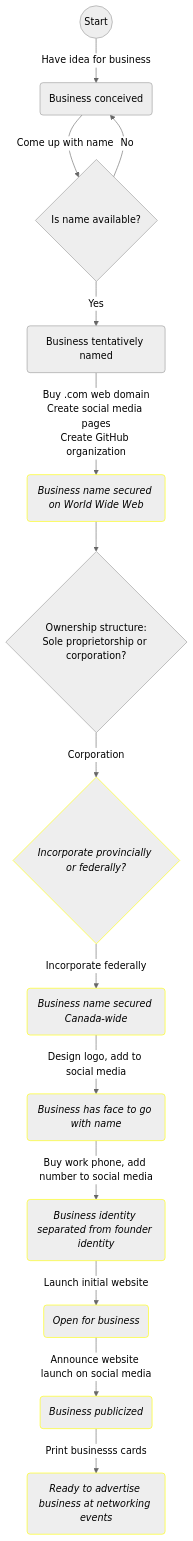
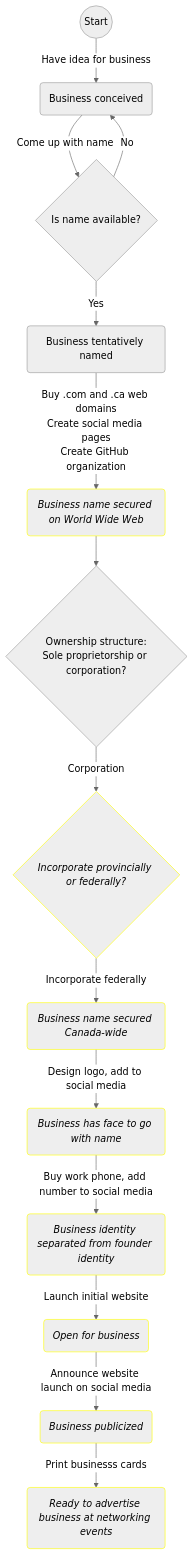
The diagram in bizdev/bizdev.md (OttawaNerdCorp/blog), drawn with Mermaid (neutral theme) before and after one commit. The commit also changed other lines of this file, not shown here.

````diff
--- a/bizdev/bizdev.md
+++ b/bizdev/bizdev.md
@@ -18,19 +18,19 @@
 ```mermaid
 flowchart TB
     classDef todo stroke:yellow,font-style:italic
 
     s0((Start)) -- Have idea for business --> s1(Business conceived)
     s1 -- Come up with name --> d1
     d1{Is name available?}
     d1 -- No --> s1
     d1 -- Yes --> s2(Business tentatively named)
-    s2 -- Buy .com web domain<br>Create social media pages<br>Create GitHub organization --> s3(Business name secured on World Wide Web):::todo
+    s2 -- Buy .com and .ca web domains<br>Create social media pages<br>Create GitHub organization --> s3(Business name secured on World Wide Web):::todo
     s3 --> d2{Ownership structure:<br>Sole proprietorship or corporation?}
     d2 -- Corporation --> d3{Incorporate provincially or federally?}:::todo
     d3 -- Incorporate federally --> s7(Business name secured Canada-wide):::todo
     s7 -- Design logo, add to social media --> s8(Business has face to go with name):::todo
     s8 -- Buy work phone, add number to social media --> s9(Business identity separated from founder identity):::todo
     s9 -- Launch initial website --> s10(Open for business):::todo
     s10 -- Announce website launch on social media --> s11(Business publicized):::todo
     s11 -- Print businesss cards --> s13(Ready to advertise business at networking events):::todo
 ```
````
